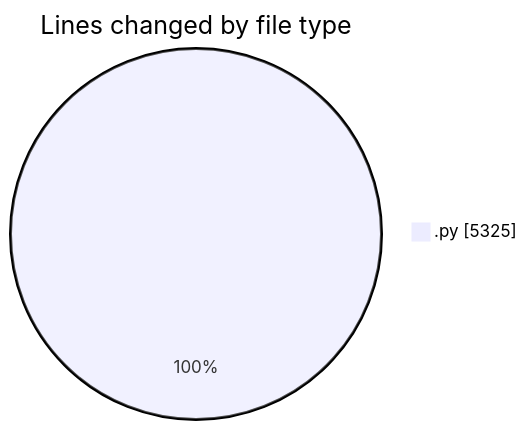
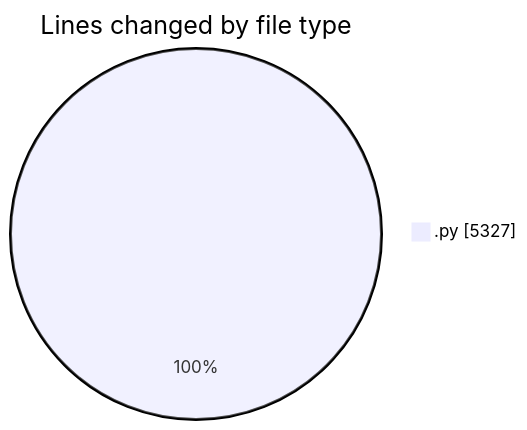
One commit to MatusMokan/code-tracking changed the first of 2 diagrams in 2025-04-18/myws__workspace_/README.md. Above: the diagram before and after it, drawn with Mermaid. The commit also changed other lines of this file and 1 other file, not shown here.

````diff
--- a/2025-04-18/myws__workspace_/README.md
+++ b/2025-04-18/myws__workspace_/README.md
@@ -22,5 +22,5 @@
 ```mermaid
 pie showData
 title Lines changed by file type
-".py" : 5325
+".py" : 5327
 ```
````
